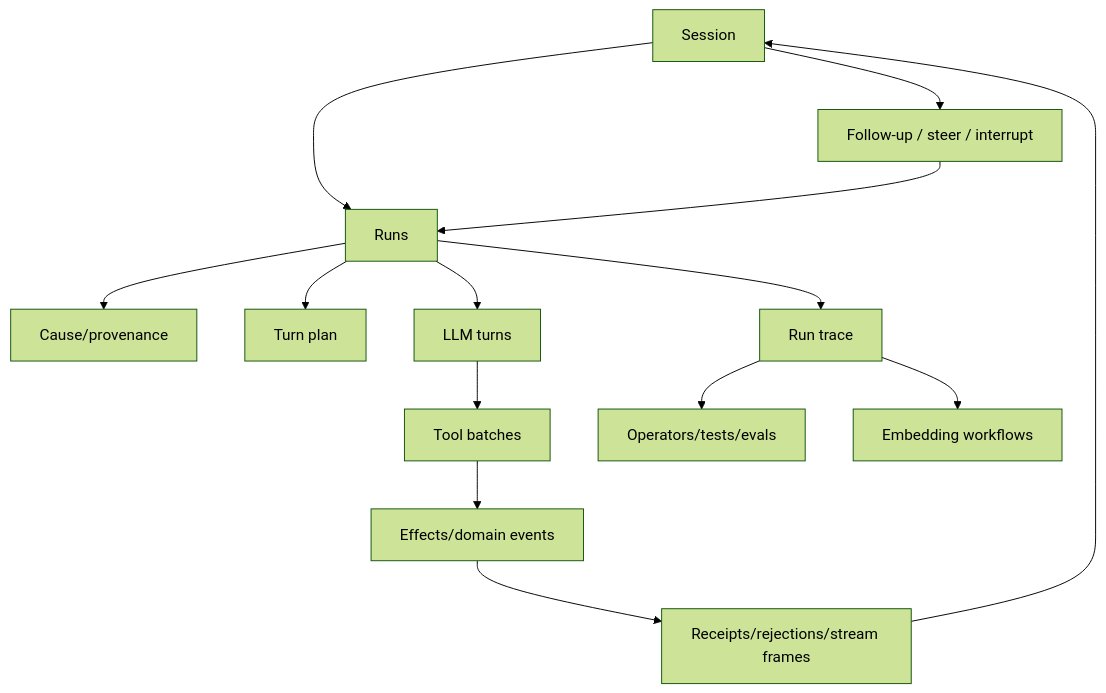
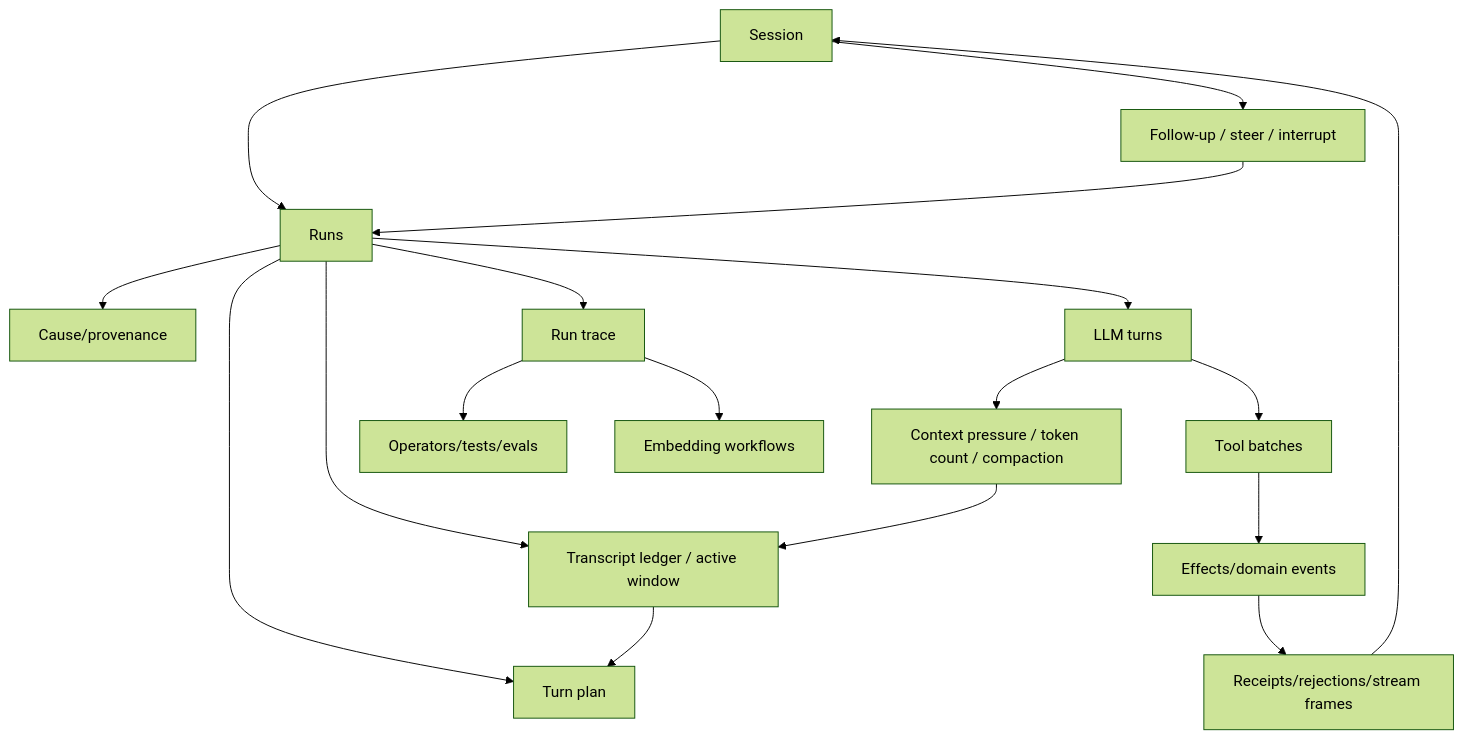
Before and after one commit to smartcomputer-ai/agent-os: diagram 25 of 25 in roadmap/v0.30-agent/visual-guide.md, drawn with Mermaid (forest theme). The commit also changed other lines of this file, not shown here.

````diff
--- a/roadmap/v0.30-agent/visual-guide.md
+++ b/roadmap/v0.30-agent/visual-guide.md
@@ -1647,18 +1946,22 @@
 ```mermaid
 flowchart TD
   Session[Session] --> Runs[Runs]
   Runs --> Cause[Cause/provenance]
   Runs --> TurnPlan[Turn plan]
+  Runs --> Context[Transcript ledger / active window]
   Runs --> LLM[LLM turns]
   LLM --> Tools[Tool batches]
+  LLM --> ContextOps[Context pressure / token count / compaction]
+  ContextOps --> Context
+  Context --> TurnPlan
   Tools --> Effects[Effects/domain events]
   Effects --> Receipts[Receipts/rejections/stream frames]
   Receipts --> Session
 
   Session --> Interventions[Follow-up / steer / interrupt]
   Interventions --> Runs
 
   Runs --> Trace[Run trace]
   Trace --> Operators[Operators/tests/evals]
   Trace --> Products[Embedding workflows]
 ```
````
